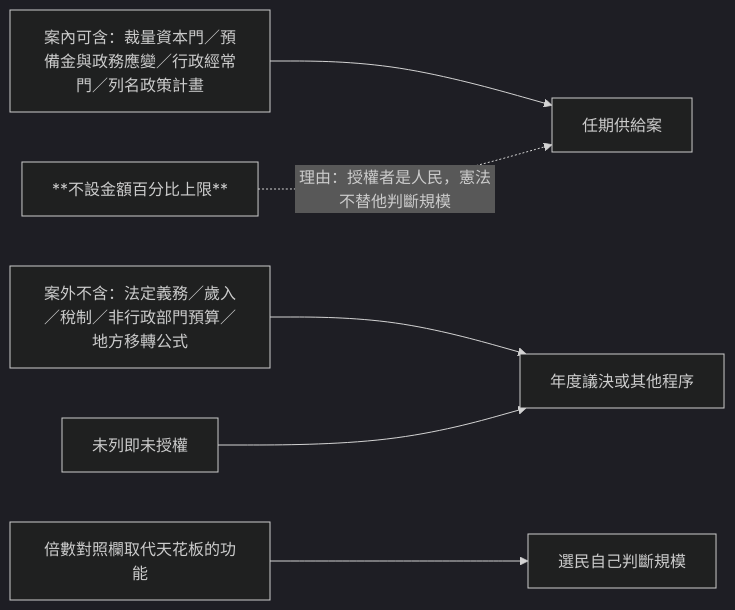
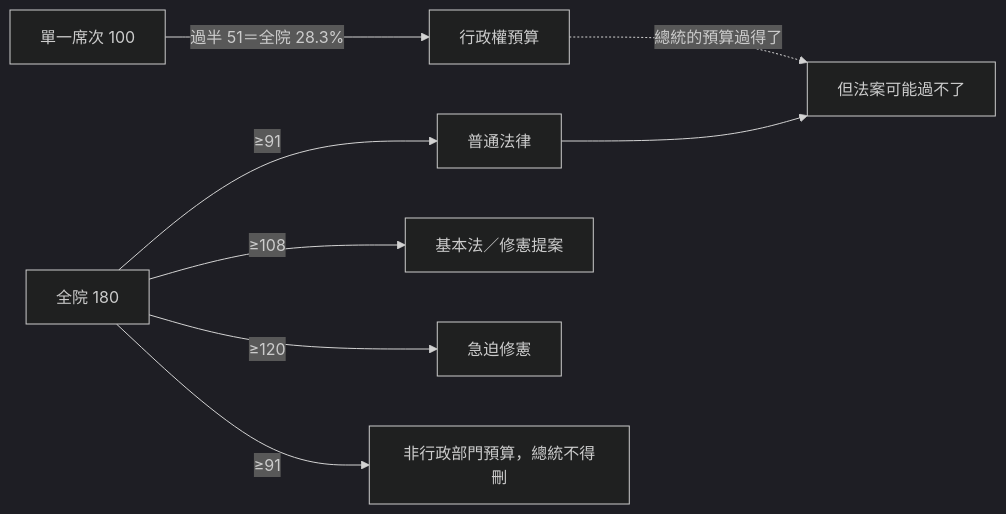
One commit to IRonROOT578/Political-Economy-Research-Public changed the fifth of 10 diagrams in topics/regime-designs/designs/台灣/一院總統制-測試/憲政架構圖.md. Above: the diagram before and after it, drawn with Mermaid (dark theme). The commit also changed other lines of this file and 128 other files, not shown here.

````diff
--- a/topics/regime-designs/designs/台灣/一院總統制-測試/憲政架構圖.md
+++ b/topics/regime-designs/designs/台灣/一院總統制-測試/憲政架構圖.md
@@ -21,10 +70,10 @@
 ```mermaid
 flowchart LR
-  In[案內可含：裁量資本門／預備金與政務應變／行政經常門／列名政策計畫]
-  Out[案外不含：法定義務／歲入／稅制／非行政部門預算／地方移轉公式]
-  In --> Bundle[任期供給案]
-  Out --> Year[年度議決或其他程序]
-  D1[未列即未授權] --> Year
-  NoCap[**不設金額百分比上限**] -.->|理由：授權者是人民，憲法不替他判斷規模| Bundle
-  Scale[倍數對照欄取代天花板的功能] --> Voter[選民自己判斷規模]
+  SMD[單一席次 100] -->|過半 51＝全院 28.3%| Money[行政權預算]
+  All[全院 180] -->|≥91| LawT[普通法律]
+  All -->|≥108| Basic[基本法／修憲提案]
+  All -->|≥120| Urgent[急迫修憲]
+  All -->|≥91| OthBud[非行政部門預算，總統不得刪]
+  Money -.->|總統的預算過得了| Note[但法案可能過不了]
+  LawT --> Note
 ```
````
